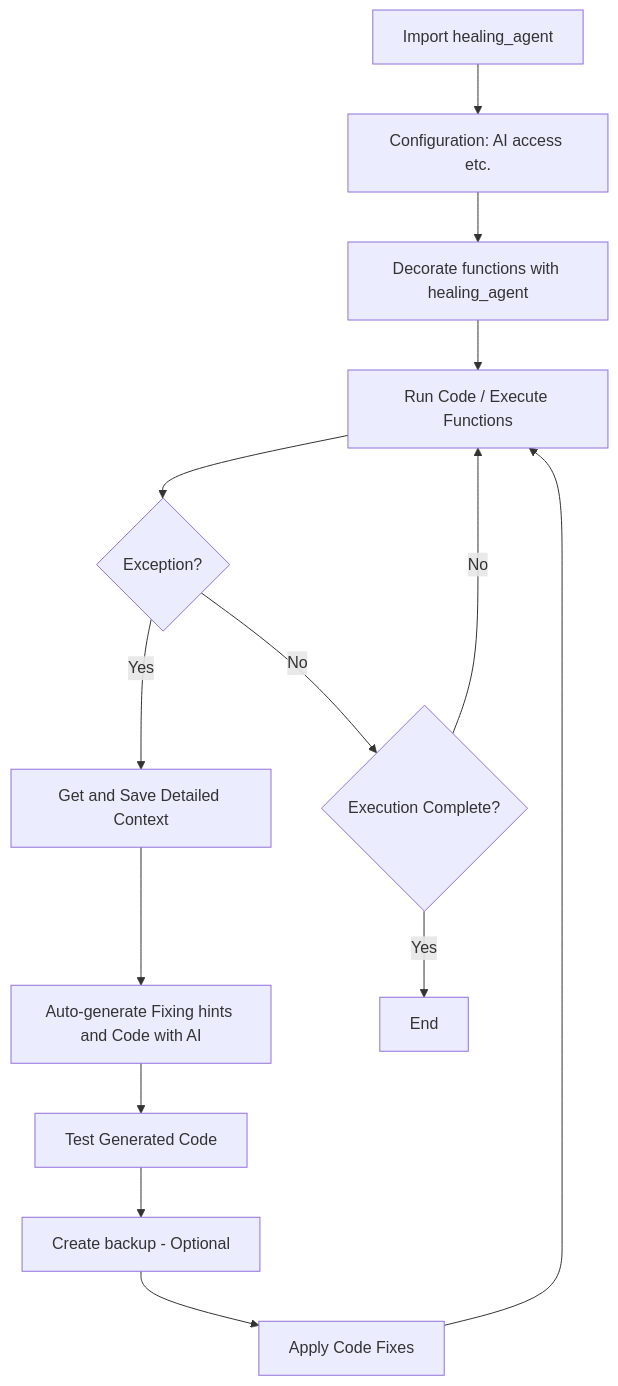
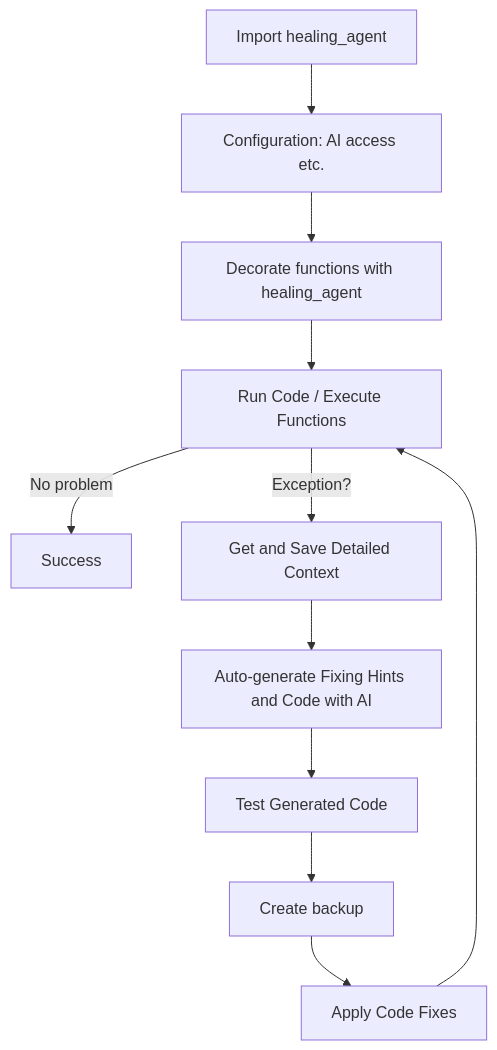
Before and after one commit to matebenyovszky/healing-agent: the diagram in README.md, drawn with Mermaid. The commit also changed other lines of this file and 6 other files, not shown here.

````diff
--- a/README.md
+++ b/README.md
@@ -24,16 +25,13 @@
 ```mermaid
 graph TD
     A[Import healing_agent] --> B[Configuration: AI access etc.]
     B --> C[Decorate functions with healing_agent]
     C --> D[Run Code / Execute Functions]
-    D --> E{Exception?}
-    E -->|Yes| F[Get and Save Detailed Context]
-    F --> G[Auto-generate Fixing hints and Code with AI]
+    D -->|No problem| L[Success]
+    D -->|Exception?| F[Get and Save Detailed Context]
+    F --> G[Auto-generate Fixing Hints and Code with AI]
     G --> H[Test Generated Code]
-    H --> I[Create backup - Optional]
+    H --> I[Create backup]
     I --> J[Apply Code Fixes]
     J --> D
-    E -->|No| M{Execution Complete?}
-    M -->|No| D
-    M -->|Yes| L[End]
 ```
````
